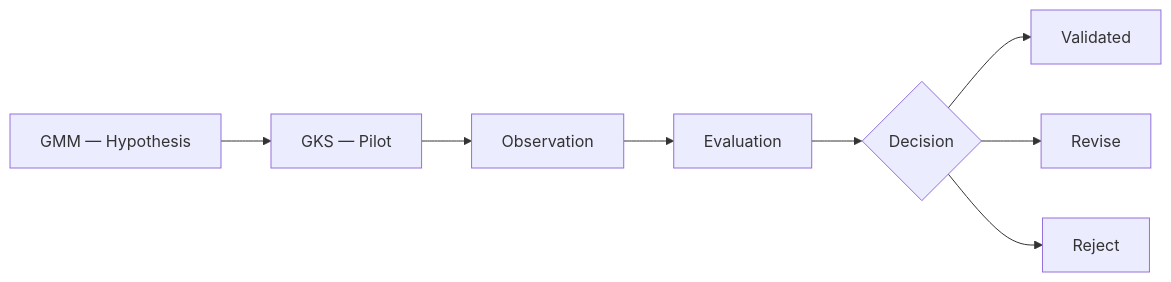
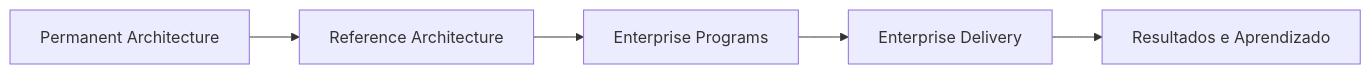
The diagram in docs/roadmap.md (guivos-repositorio/Guivos-Knowledge-Repository), drawn with Mermaid before and after one commit. The commit also changed other lines of this file, not shown here.

Commit message:
docs(roadmap): open progressive realization phase

````diff
--- a/docs/roadmap.md
+++ b/docs/roadmap.md
@@ -120,10 +29,7 @@
 ```mermaid
 graph LR
-    H[GMM — Hypothesis] --> P[GKS — Pilot]
-    P --> O[Observation]
-    O --> E[Evaluation]
-    E --> D{Decision}
-    D --> V[Validated]
-    D --> R[Revise]
-    D --> X[Reject]
+    PA[Permanent Architecture] --> RA[Reference Architecture]
+    RA --> EP[Enterprise Programs]
+    EP --> ED[Enterprise Delivery]
+    ED --> L[Resultados e Aprendizado]
 ```
````
